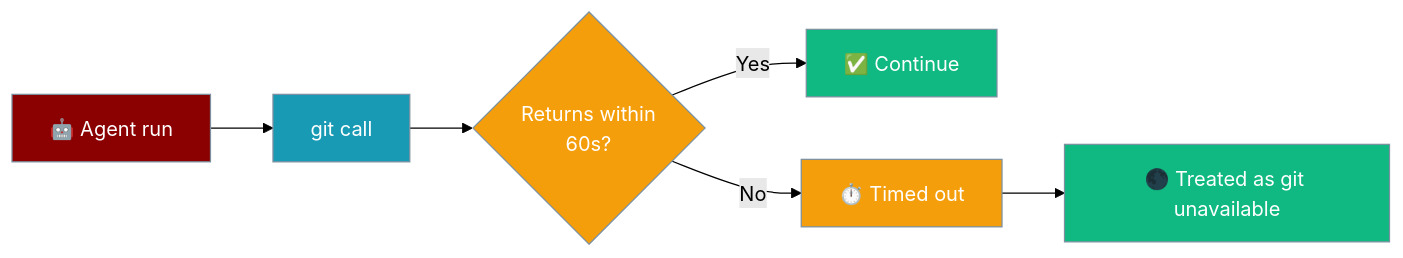
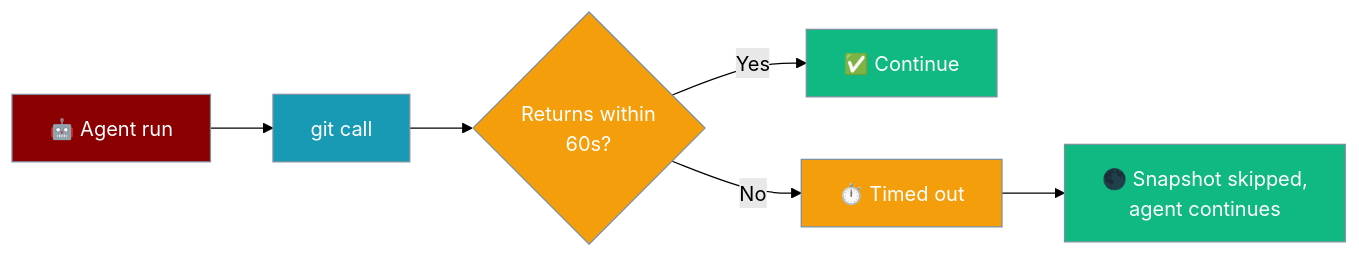
Before and after one commit to MervinPraison/PraisonAIDocs: the sixth of 6 diagrams in docs/features/file-snapshot.mdx, drawn with Mermaid (forest theme).

Commit message:
fix: clarify git timeout outcome in file-snapshot diagram

````diff
--- a/docs/features/file-snapshot.mdx
+++ b/docs/features/file-snapshot.mdx
@@ -261,18 +261,18 @@
 ```mermaid
 graph LR
     A[🤖 Agent run] --> R[git call]
     R --> T{Returns within<br/>60s?}
     T -->|Yes| OK[✅ Continue]
     T -->|No| TO[⏱️ Timed out]
-    TO --> U[🌑 Treated as git unavailable]
+    TO --> U[🌑 Snapshot skipped,<br/>agent continues]
 
     classDef agent fill:#8B0000,stroke:#7C90A0,color:#fff
     classDef proc fill:#189AB4,stroke:#7C90A0,color:#fff
     classDef check fill:#F59E0B,stroke:#7C90A0,color:#fff
     classDef good fill:#10B981,stroke:#7C90A0,color:#fff
 
     class A agent
     class R proc
     class T,TO check
     class OK,U good
 ```
````
